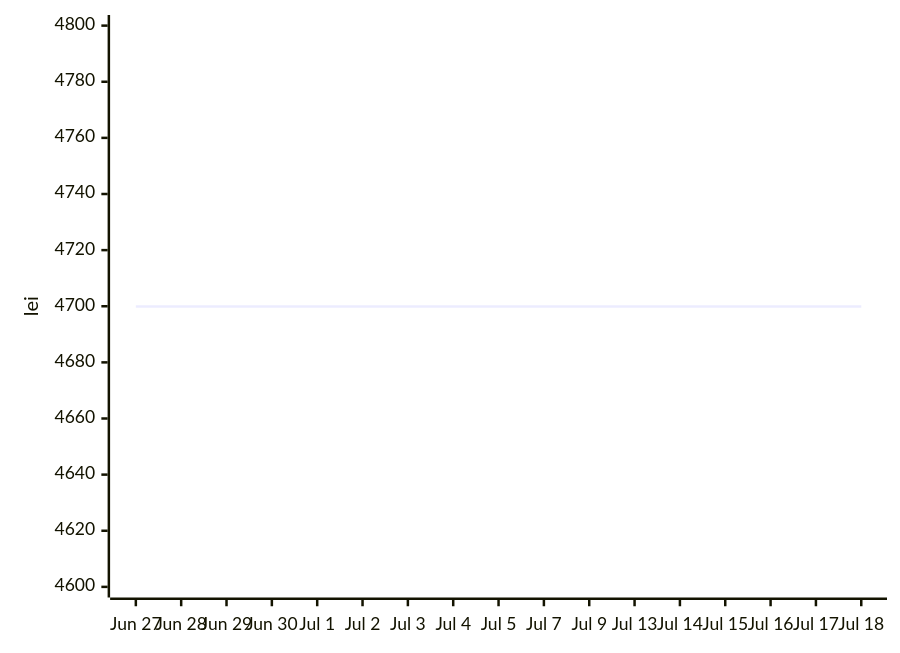
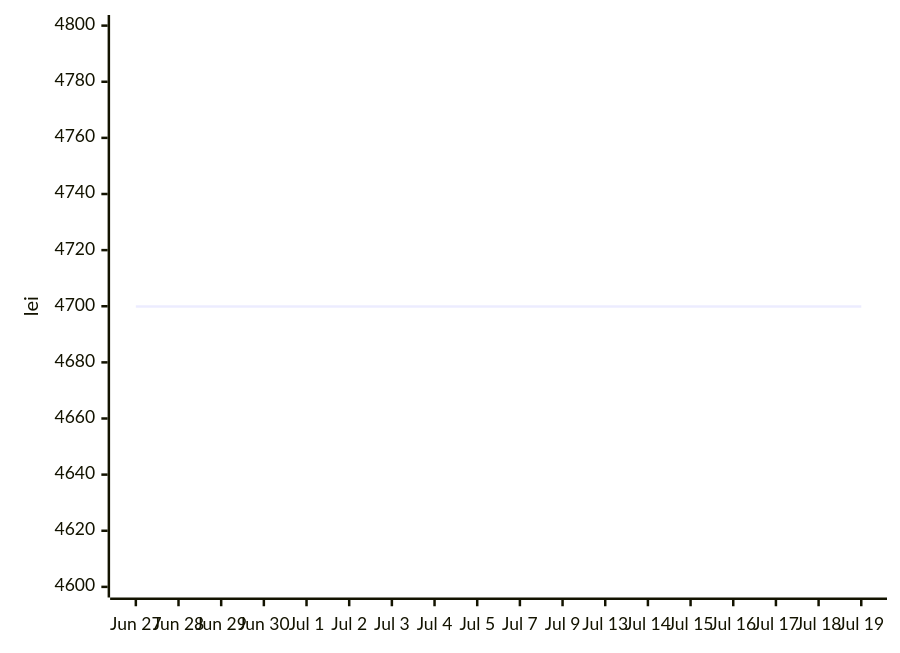
One commit to anagheioan/laptop-price-monitor changed the first of 2 diagrams in README.md. Above: the diagram before and after it, drawn with Mermaid. The commit also changed other lines of this file and 1 other file, not shown here.

Commit message:
Price check 2026-07-19

````diff
--- a/README.md
+++ b/README.md
@@ -21,6 +21,6 @@
 ```mermaid
 xychart-beta
-    x-axis ["Jun 27", "Jun 28", "Jun 29", "Jun 30", "Jul 1", "Jul 2", "Jul 3", "Jul 4", "Jul 5", "Jul 7", "Jul 9", "Jul 13", "Jul 14", "Jul 15", "Jul 16", "Jul 17", "Jul 18"]
+    x-axis ["Jun 27", "Jun 28", "Jun 29", "Jun 30", "Jul 1", "Jul 2", "Jul 3", "Jul 4", "Jul 5", "Jul 7", "Jul 9", "Jul 13", "Jul 14", "Jul 15", "Jul 16", "Jul 17", "Jul 18", "Jul 19"]
     y-axis "lei" 4600 --> 4800
-    line [4699.9, 4699.9, 4699.9, 4699.9, 4699.9, 4699.9, 4699.9, 4699.9, 4699.9, 4699.9, 4699.9, 4699.9, 4699.9, 4699.9, 4699.9, 4699.9, 4699.9]
+    line [4699.9, 4699.9, 4699.9, 4699.9, 4699.9, 4699.9, 4699.9, 4699.9, 4699.9, 4699.9, 4699.9, 4699.9, 4699.9, 4699.9, 4699.9, 4699.9, 4699.9, 4699.9]
 ```
````
